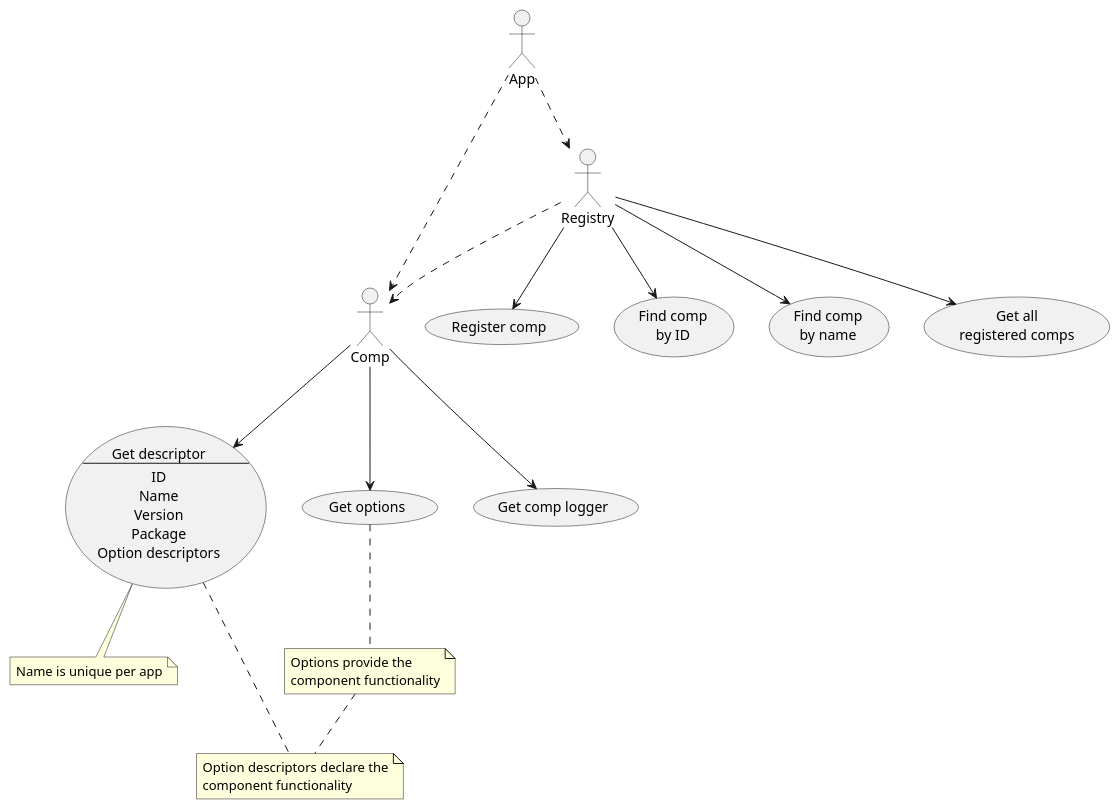
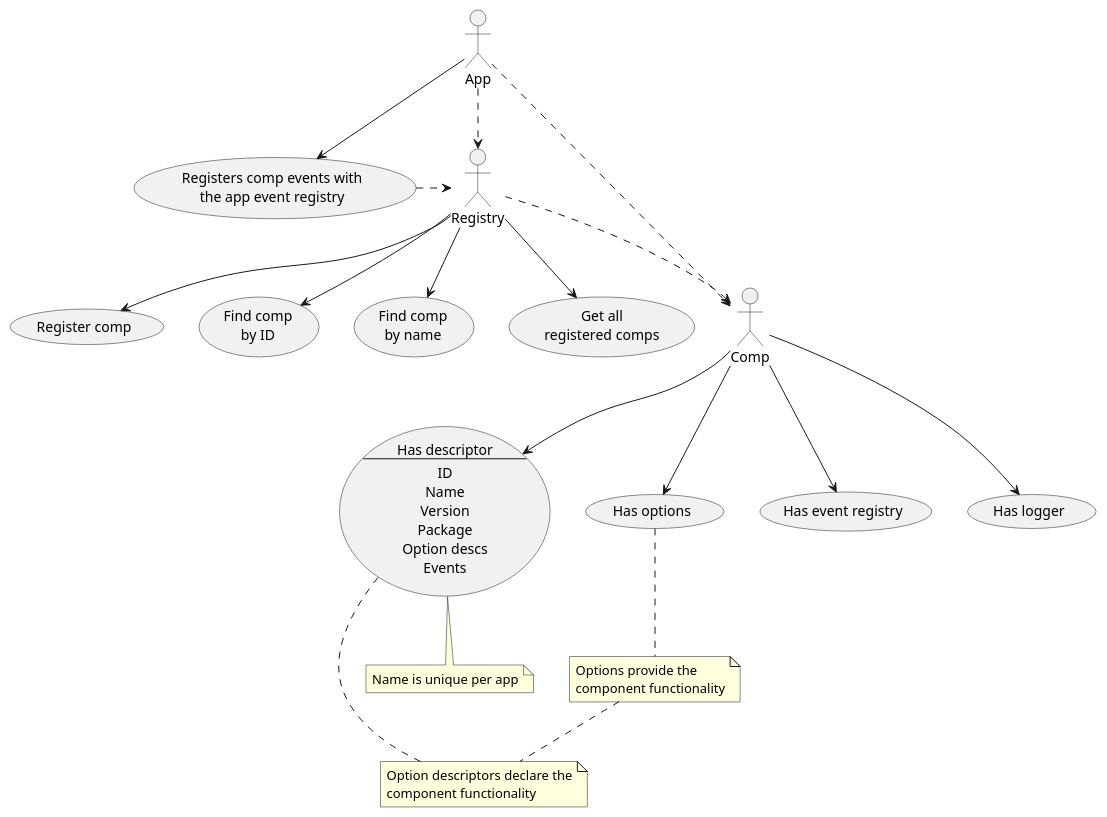
One commit to oysterpack/andiamo changed the diagram in pkg/app/comp/usecases.puml. Above: the diagram before and after it, drawn with PlantUML. The commit also changed 6 other files, not shown here.

```diff
--- a/pkg/app/comp/usecases.puml
+++ b/pkg/app/comp/usecases.puml
@@ -1,73 +1,85 @@
 @startuml
 skinparam usecase {
 	BackgroundColor<< NEW >> DarkSeaGreen
 	BorderColor<< NEW >> YellowGreen
 }
 
 actor App
 actor Comp
 actor Registry
 
-App ...> Comp
+App ..> Comp
 App ..> Registry
-Registry  ..>Comp
+Registry ..>Comp
 
 usecase COMP_DESC as "
-Get descriptor
+Has descriptor
 ---
 ID
 Name
 Version
 Package
-Option descriptors
+Option descs
+Events
 "
 
 usecase COMP_OPTIONS as "
-Get options
+Has options
+"
+
+usecase COMP_EVENT_REGISTRY as "
+Has event registry
 "
 
 note as COMP_NAME_NOTE
 Name is unique per app
 end note
 
 note as COMP_OPTION_DESCS_NOTE
 Option descriptors declare the
 component functionality
 end note
 
 note as COMP_OPTIONS_NOTE
 Options provide the
 component functionality
 end note
 
 COMP_OPTIONS .. COMP_OPTIONS_NOTE
 COMP_DESC .. COMP_OPTION_DESCS_NOTE
 COMP_OPTIONS_NOTE=.COMP_OPTION_DESCS_NOTE
 
-usecase COMP_LOGGER as "Get comp logger"
+usecase COMP_LOGGER as "Has logger"
 
 Comp --> COMP_DESC
 Comp --> COMP_OPTIONS
 Comp --> COMP_LOGGER
+Comp --> COMP_EVENT_REGISTRY
 COMP_DESC .. COMP_NAME_NOTE
 
 usecase REGISTER_COMP as "Register comp"
 
 usecase GET_COMP_BY_ID as "
 Find comp
 by ID"
 
 usecase GET_COMP_BY_NAME as "
 Find comp
 by name"
 
 usecase GET_ALL_COMPS as "
 Get all
 registered comps"
 
+usecase AUTO_REGISTER_EVENTS as "
+Registers comp events with
+the app event registry
+"
+
 Registry --> REGISTER_COMP
 Registry --> GET_COMP_BY_ID
 Registry --> GET_COMP_BY_NAME
 Registry --> GET_ALL_COMPS
-
+App --> AUTO_REGISTER_EVENTS
+AUTO_REGISTER_EVENTS .> Registry
 @enduml
```
